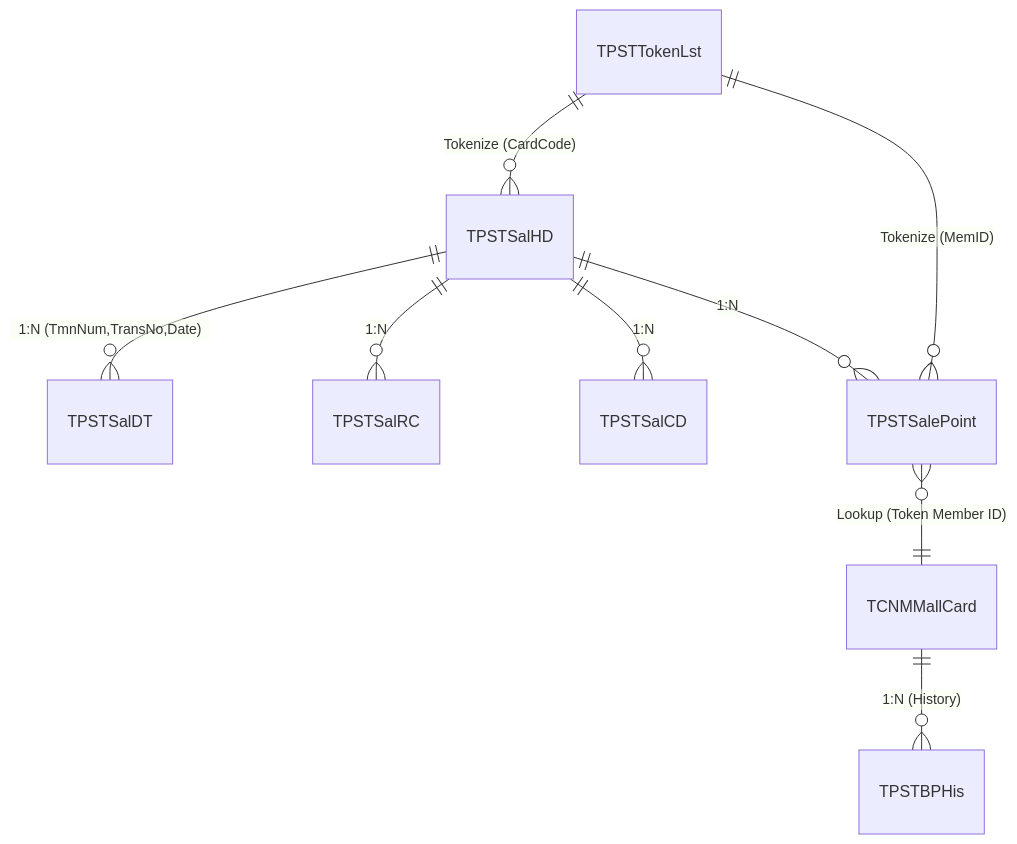
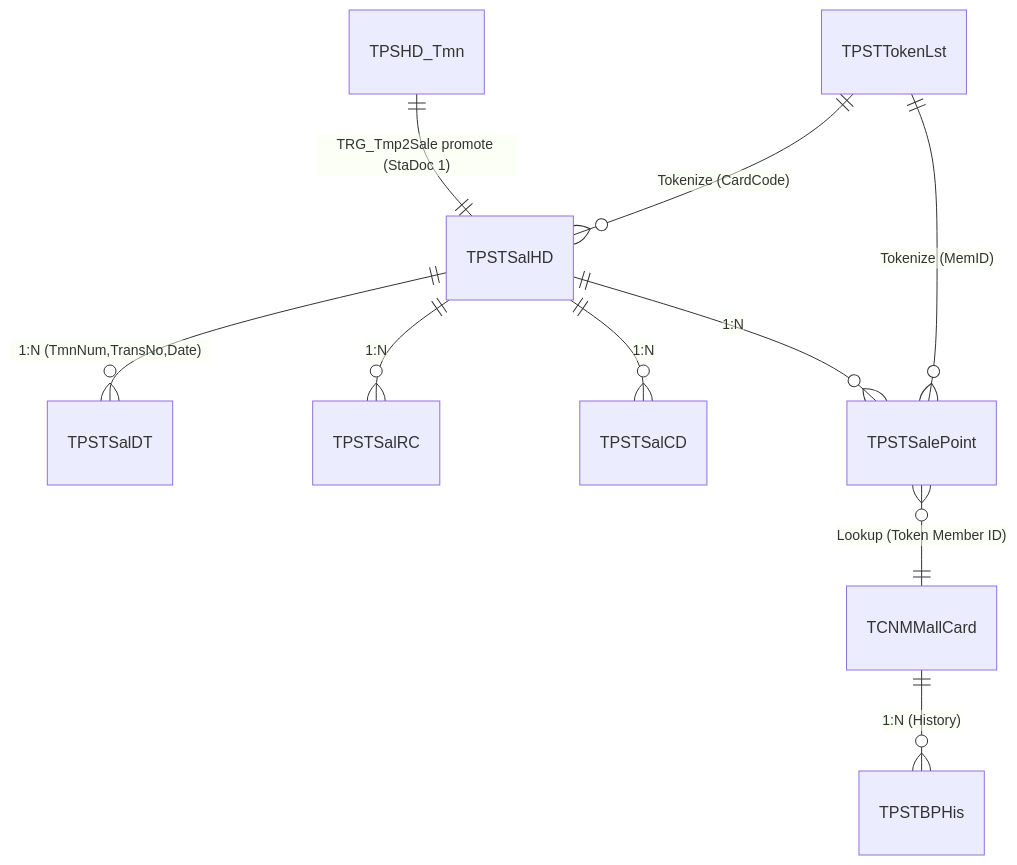
One commit to fth-support/rev_engineer changed the diagram in doc-agy-ver/02_Data_Dictionary.md. Above: the diagram before and after it, drawn with Mermaid. The commit also changed other lines of this file and 282 other files, not shown here.

First line of the commit message:
feat: integrate POSFront (upstream POS producer) across docs, diagrams & web app

````diff
--- a/doc-agy-ver/02_Data_Dictionary.md
+++ b/doc-agy-ver/02_Data_Dictionary.md
@@ -21,13 +21,14 @@
 ```mermaid
 erDiagram
+    TPSHD_Tmn ||--|| TPSTSalHD : "TRG_Tmp2Sale promote (StaDoc 1)"
     TPSTSalHD ||--o{ TPSTSalDT : "1:N (TmnNum,TransNo,Date)"
     TPSTSalHD ||--o{ TPSTSalRC : "1:N"
     TPSTSalHD ||--o{ TPSTSalCD : "1:N"
     TPSTSalHD ||--o{ TPSTSalePoint : "1:N"
     
     TPSTSalePoint }o--|| TCNMMallCard : "Lookup (Token Member ID)"
     TCNMMallCard ||--o{ TPSTBPHis : "1:N (History)"
     
     TPSTTokenLst ||--o{ TPSTSalHD : "Tokenize (CardCode)"
     TPSTTokenLst ||--o{ TPSTSalePoint : "Tokenize (MemID)"
 ```
````
